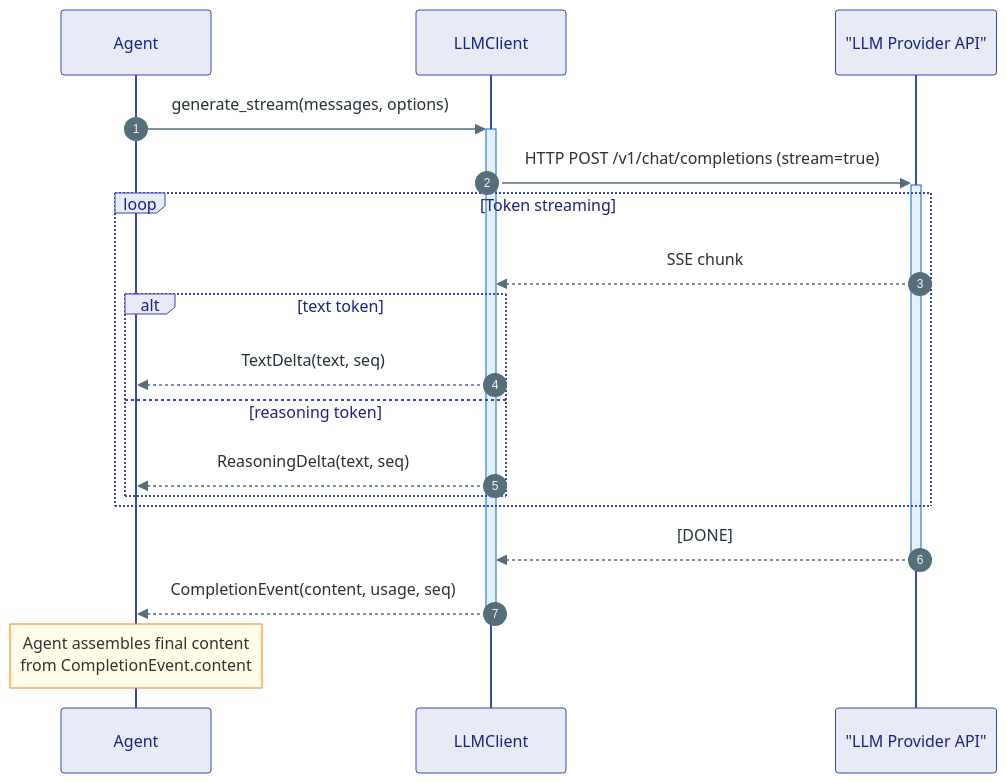
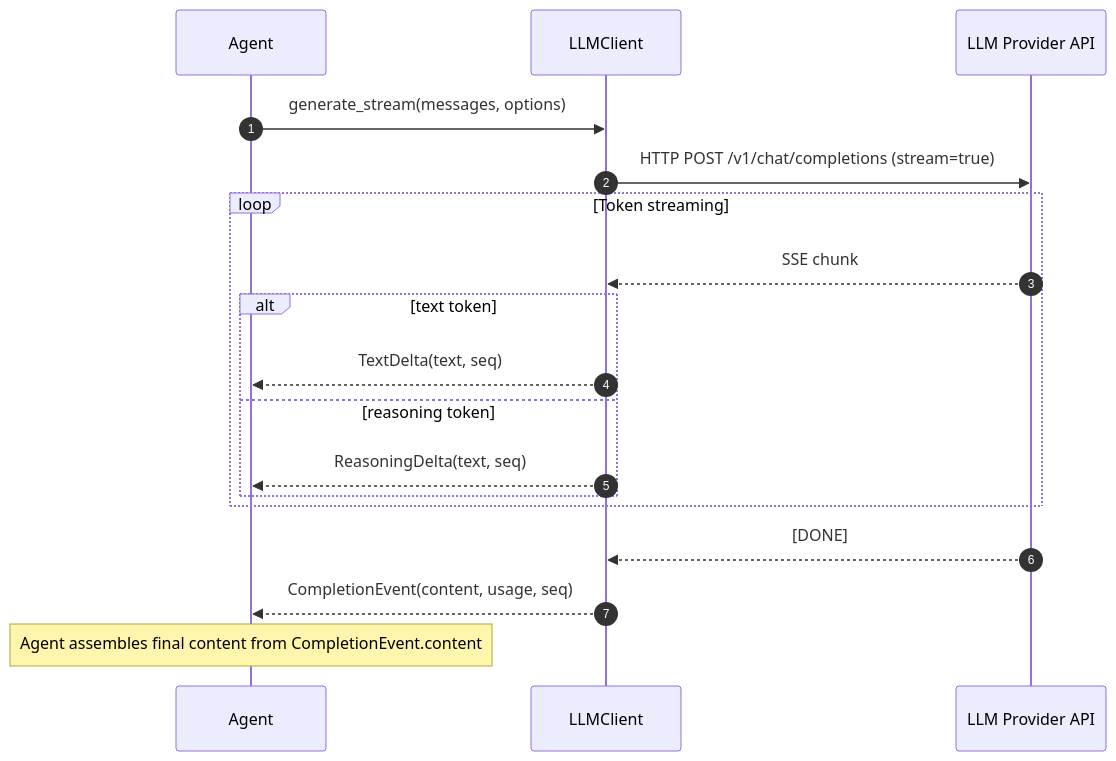
Before and after one commit to Ravikumarchavva/agent-substrate: the diagram in agents/agent-substrate/docs/kernel/02-llm.md, drawn with Mermaid. The commit also changed other lines of this file and 11 other files, not shown here.

Commit message:
docs: refactor architecture documentation and update diagrams across the kernel module.

````diff
--- a/agents/agent-substrate/docs/kernel/02-llm.md
+++ b/agents/agent-substrate/docs/kernel/02-llm.md
@@ -54,25 +40,24 @@
 ```mermaid
-%%{init: {'theme': 'base', 'themeVariables': {'actorBkg': '#E8EAF6','actorBorder': '#3949AB','actorTextColor': '#1A237E','activationBkgColor': '#E3F2FD','activationBorderColor': '#1565C0','noteBkgColor': '#FFFDE7','noteBorderColor': '#F57F17','signalColor': '#546E7A','signalTextColor': '#263238','fontSize': '13px'}}}%%
 sequenceDiagram
     autonumber
     participant Agent
     participant LLMClient
-    participant Provider as "LLM Provider API"
+    participant Provider as LLM Provider API
 
-    Agent->>+LLMClient: generate_stream(messages, options)
-    LLMClient->>+Provider: HTTP POST /v1/chat/completions (stream=true)
+    Agent->>LLMClient: generate_stream(messages, options)
+    LLMClient->>Provider: HTTP POST /v1/chat/completions (stream=true)
 
     loop Token streaming
         Provider-->>LLMClient: SSE chunk
         alt text token
             LLMClient-->>Agent: TextDelta(text, seq)
         else reasoning token
             LLMClient-->>Agent: ReasoningDelta(text, seq)
         end
     end
 
-    Provider-->>-LLMClient: [DONE]
-    LLMClient-->>-Agent: CompletionEvent(content, usage, seq)
+    Provider-->>LLMClient: [DONE]
+    LLMClient-->>Agent: CompletionEvent(content, usage, seq)
 
-    Note over Agent: Agent assembles final content<br/>from CompletionEvent.content
+    Note over Agent: Agent assembles final content from CompletionEvent.content
 ```
````
